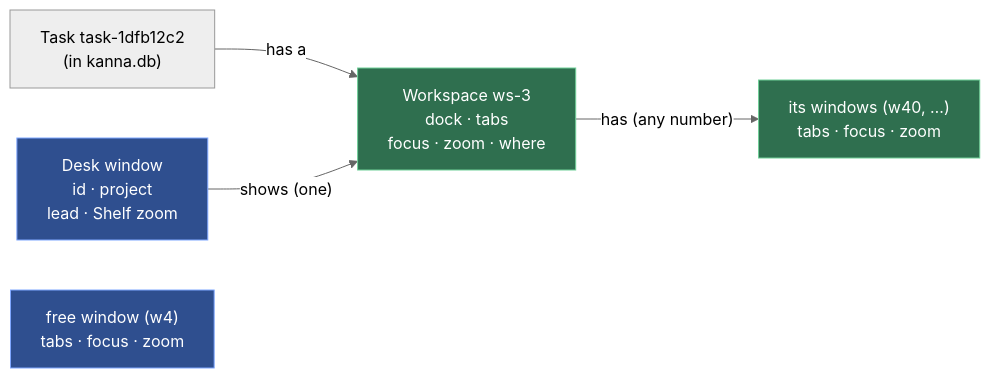
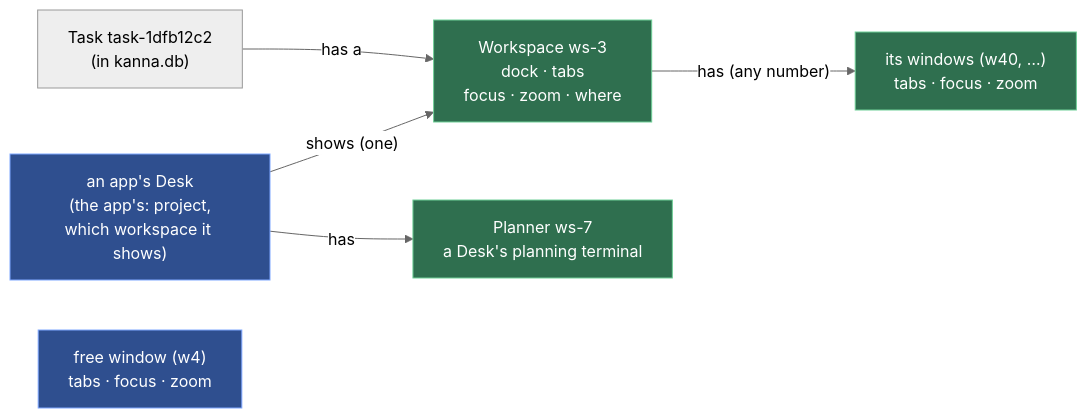
One commit to tampopogk/kanna changed the first of 3 diagrams in docs/specs/workspaces.md. Above: the diagram before and after it, drawn with Mermaid (neutral theme). The commit also changed other lines of this file and 39 other files, not shown here.

````diff
--- a/docs/specs/workspaces.md
+++ b/docs/specs/workspaces.md
@@ -22,15 +22,17 @@
 ```mermaid
 flowchart LR
-    DW["Desk window<br/>id · project<br/>lead · Shelf zoom"]
+    DW["an app's Desk<br/>(the app's: project,<br/>which workspace it shows)"]
     T["Task task-1dfb12c2<br/>(in kanna.db)"]
     WS["Workspace ws-3<br/>dock · tabs<br/>focus · zoom · where"]
+    PW["Planner ws-7<br/>a Desk's planning terminal"]
     OW["its windows (w40, …)<br/>tabs · focus · zoom"]
     FW["free window (w4)<br/>tabs · focus · zoom"]
     T -->|"has a"| WS
     DW -->|"shows (one)"| WS
+    DW -->|"has"| PW
     WS -->|"has (any number)"| OW
     classDef ours fill:#2f6f4f,stroke:#6fcf97,color:#ffffff
     classDef plain fill:#2f4f8f,stroke:#7fa7ff,color:#ffffff
-    class WS,OW ours
+    class WS,OW,PW ours
     class DW,FW plain
 ```
````
